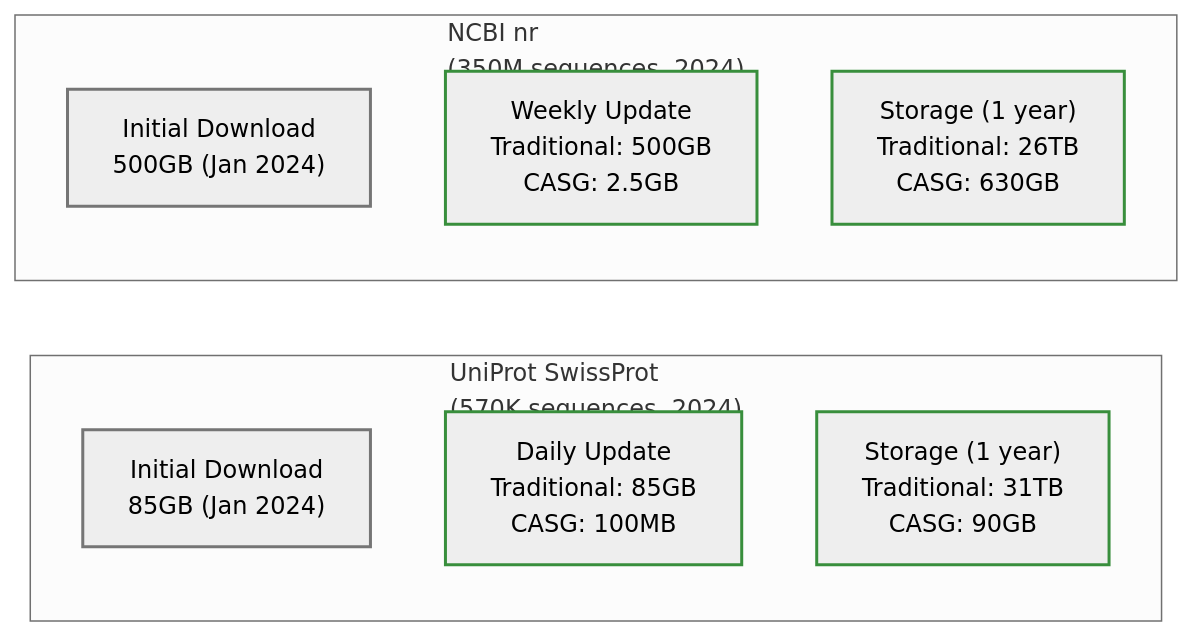
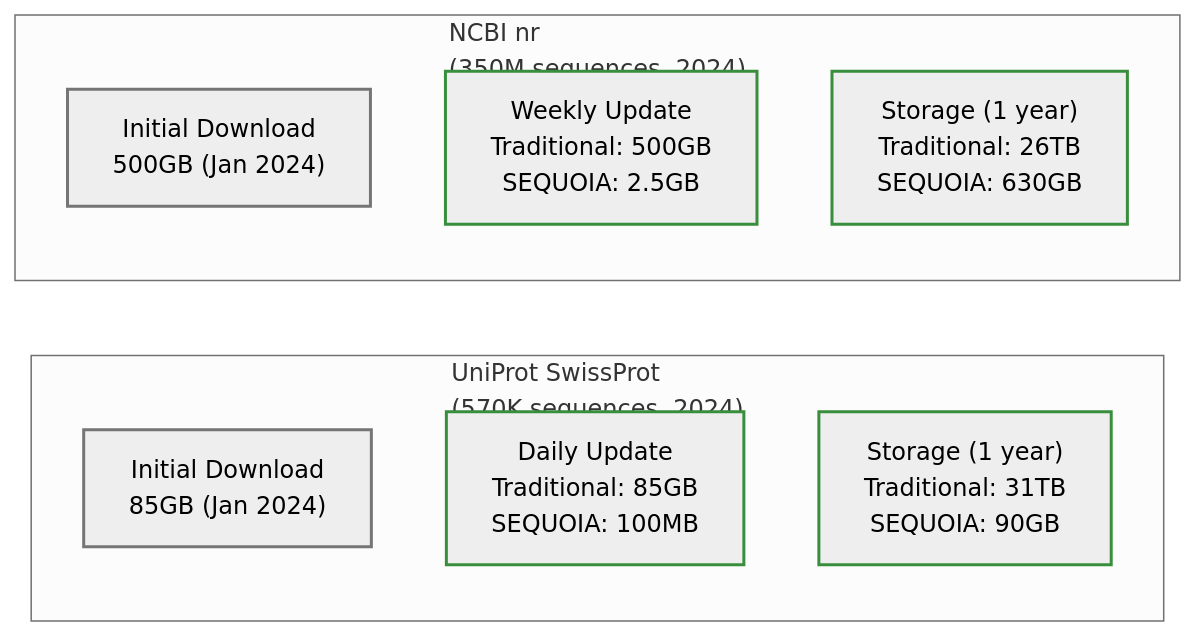
One commit to bfowle/talaria changed the sixth of 9 diagrams in docs/src/whitepapers/casg-architecture.md. Above: the diagram before and after it, drawn with Mermaid (neutral theme). The commit also changed other lines of this file and 472 other files, not shown here.

Commit message:
refactor!: major architectural overhaul of core systems

````diff
--- a/docs/src/whitepapers/casg-architecture.md
+++ b/docs/src/whitepapers/casg-architecture.md
@@ -416,21 +420,21 @@
 ```mermaid
 graph LR
     subgraph UP["UniProt SwissProt<br/>(570K sequences, 2024)"]
         US1["Initial Download<br/>85GB (Jan 2024)"]
-        US2["Daily Update<br/>Traditional: 85GB<br/>CASG: 100MB"]
-        US3["Storage (1 year)<br/>Traditional: 31TB<br/>CASG: 90GB"]
+        US2["Daily Update<br/>Traditional: 85GB<br/>SEQUOIA: 100MB"]
+        US3["Storage (1 year)<br/>Traditional: 31TB<br/>SEQUOIA: 90GB"]
     end
 
     subgraph NR["NCBI nr<br/>(350M sequences, 2024)"]
         NR1["Initial Download<br/>500GB (Jan 2024)"]
-        NR2["Weekly Update<br/>Traditional: 500GB<br/>CASG: 2.5GB"]
-        NR3["Storage (1 year)<br/>Traditional: 26TB<br/>CASG: 630GB"]
+        NR2["Weekly Update<br/>Traditional: 500GB<br/>SEQUOIA: 2.5GB"]
+        NR3["Storage (1 year)<br/>Traditional: 26TB<br/>SEQUOIA: 630GB"]
     end
 
     style US1 stroke:#757575,stroke-width:2px
     style US2 stroke:#388e3c,stroke-width:2px
     style US3 stroke:#388e3c,stroke-width:2px
     style NR1 stroke:#757575,stroke-width:2px
     style NR2 stroke:#388e3c,stroke-width:2px
     style NR3 stroke:#388e3c,stroke-width:2px
 ```
````
